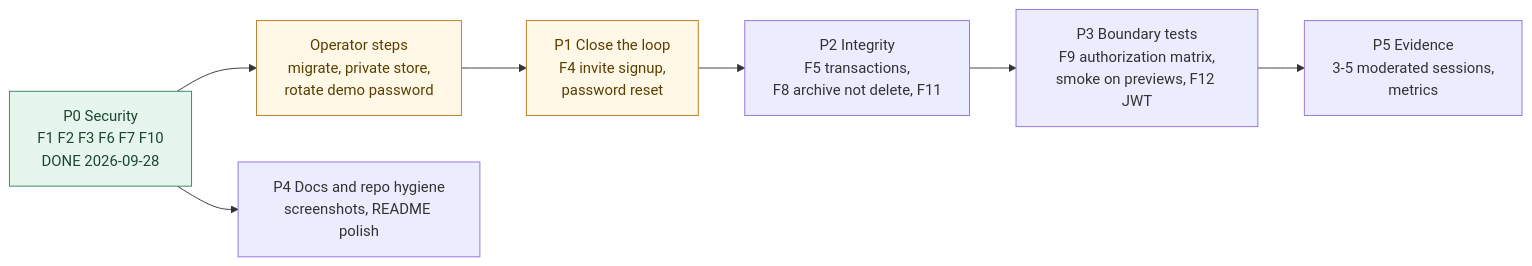
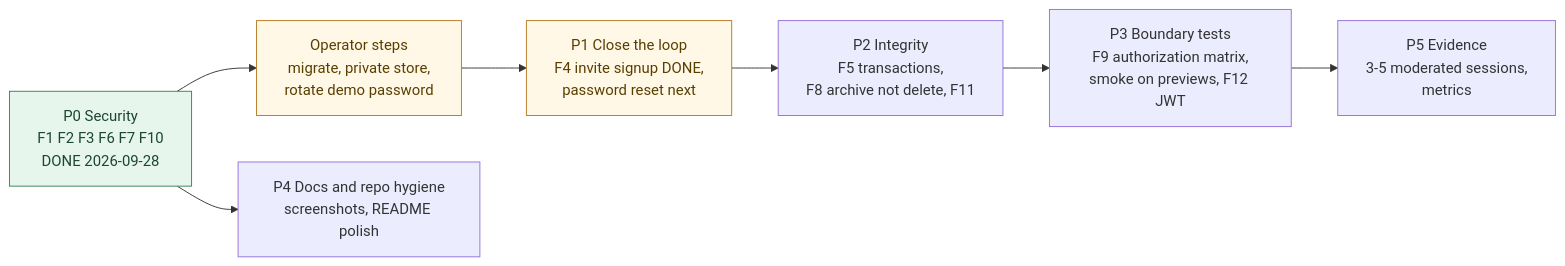
One commit to hypnoticdata777/turnflow-home changed the diagram in docs/07-refinement/findings-and-roadmap.md. Above: the diagram before and after it, drawn with Mermaid. The commit also changed other lines of this file and 19 other files, not shown here.

````diff
--- a/docs/07-refinement/findings-and-roadmap.md
+++ b/docs/07-refinement/findings-and-roadmap.md
@@ -39,14 +39,14 @@
 ```mermaid
 flowchart LR
   P0["P0 Security<br/>F1 F2 F3 F6 F7 F10<br/>DONE 2026-09-28"]:::done
   OPS["Operator steps<br/>migrate, private store,<br/>rotate demo password"]:::next
-  P1["P1 Close the loop<br/>F4 invite signup,<br/>password reset"]:::next
+  P1["P1 Close the loop<br/>F4 invite signup DONE,<br/>password reset next"]:::next
   P2["P2 Integrity<br/>F5 transactions,<br/>F8 archive not delete, F11"]
   P3["P3 Boundary tests<br/>F9 authorization matrix,<br/>smoke on previews, F12 JWT"]
   P4["P4 Docs and repo hygiene<br/>screenshots, README polish"]
   P5["P5 Evidence<br/>3-5 moderated sessions,<br/>metrics"]
   P0 --> OPS --> P1 --> P2 --> P3 --> P5
   P0 --> P4
   classDef done fill:#e6f6ec,stroke:#2f855a,color:#1c4532
   classDef next fill:#fff8e6,stroke:#b7791f,color:#5a3e00
 ```
````
